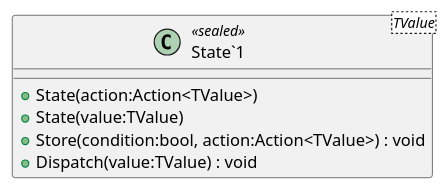
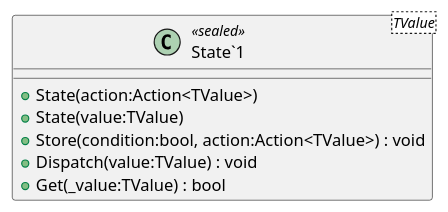
One commit to xavierarpa/UniFlux changed the diagram in UML~/Core/Internal/State.puml. Above: the diagram before and after it, drawn with PlantUML. The commit also changed 9 other files, not shown here.

Commit message:
Generate UML (Generate UML)

```diff
--- a/UML~/Core/Internal/State.puml
+++ b/UML~/Core/Internal/State.puml
@@ -1,8 +1,9 @@
 @startuml
 class "State`1"<TValue> <<sealed>> {
     + State(action:Action<TValue>)
     + State(value:TValue)
     + Store(condition:bool, action:Action<TValue>) : void
     + Dispatch(value:TValue) : void
+    + Get(_value:TValue) : bool
 }
 @enduml
```
